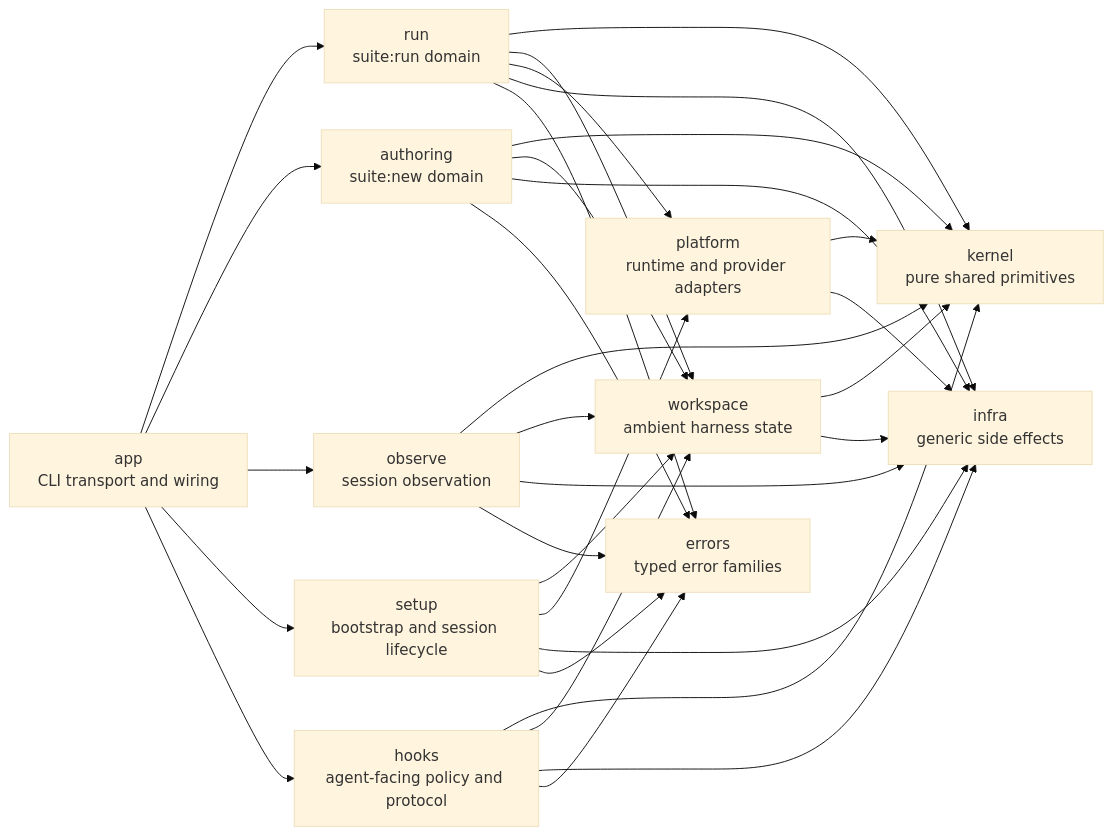
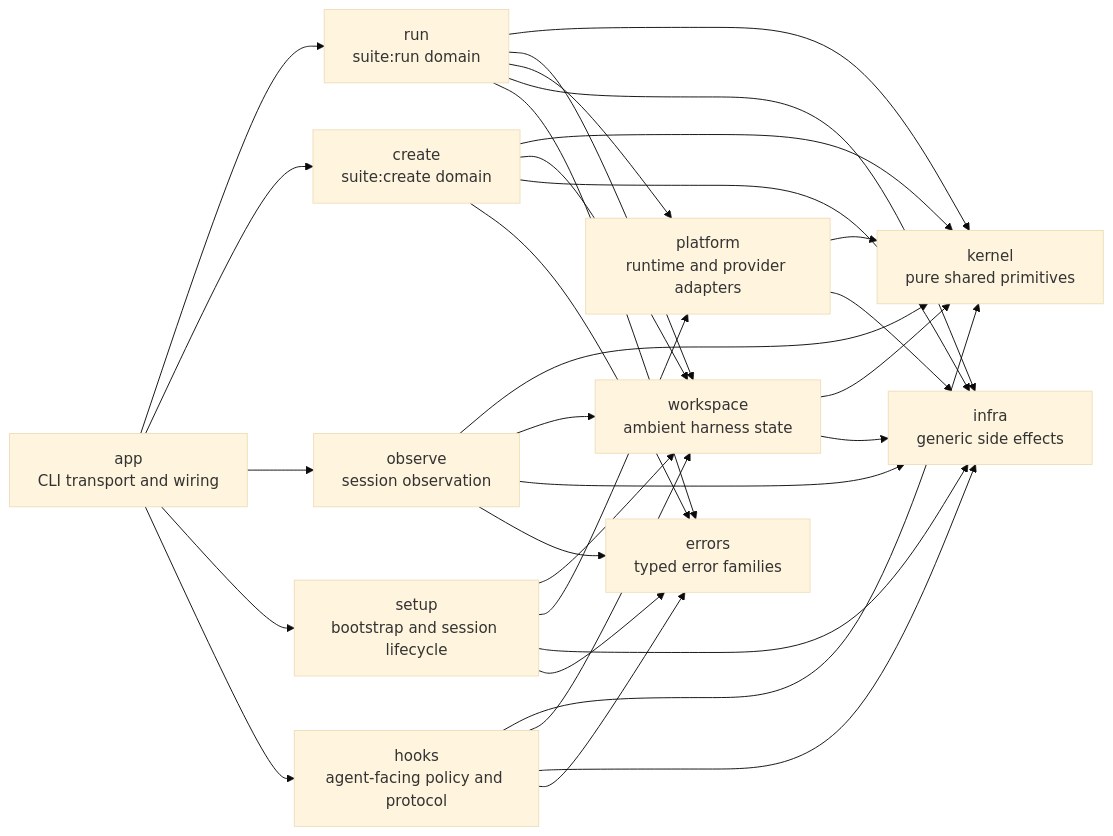
One commit to smykla-skalski/harness changed the first of 3 diagrams in ARCHITECTURE.md. Above: the diagram before and after it, drawn with Mermaid (base theme). The commit also changed other lines of this file and 150 other files, not shown here.

````diff
--- a/ARCHITECTURE.md
+++ b/ARCHITECTURE.md
@@ -7,53 +7,53 @@
 ```mermaid
 flowchart LR
     App["app\nCLI transport and wiring"]
 
     Run["run\nsuite:run domain"]
-    Authoring["authoring\nsuite:new domain"]
+    Create["create\nsuite:create domain"]
     Observe["observe\nsession observation"]
     Setup["setup\nbootstrap and session lifecycle"]
     Hooks["hooks\nagent-facing policy and protocol"]
 
     Kernel["kernel\npure shared primitives"]
     Workspace["workspace\nambient harness state"]
     Platform["platform\nruntime and provider adapters"]
     Infra["infra\ngeneric side effects"]
     Errors["errors\ntyped error families"]
 
     App --> Run
-    App --> Authoring
+    App --> Create
     App --> Observe
     App --> Setup
     App --> Hooks
 
     Run --> Kernel
     Run --> Workspace
     Run --> Platform
     Run --> Infra
     Run --> Errors
 
-    Authoring --> Kernel
-    Authoring --> Workspace
-    Authoring --> Infra
-    Authoring --> Errors
+    Create --> Kernel
+    Create --> Workspace
+    Create --> Infra
+    Create --> Errors
 
     Observe --> Kernel
     Observe --> Workspace
     Observe --> Infra
     Observe --> Errors
 
     Setup --> Workspace
     Setup --> Platform
     Setup --> Infra
     Setup --> Errors
 
     Hooks --> Kernel
     Hooks --> Workspace
     Hooks --> Infra
     Hooks --> Errors
 
     Platform --> Kernel
     Platform --> Infra
     Workspace --> Kernel
     Workspace --> Infra
 ```
````
